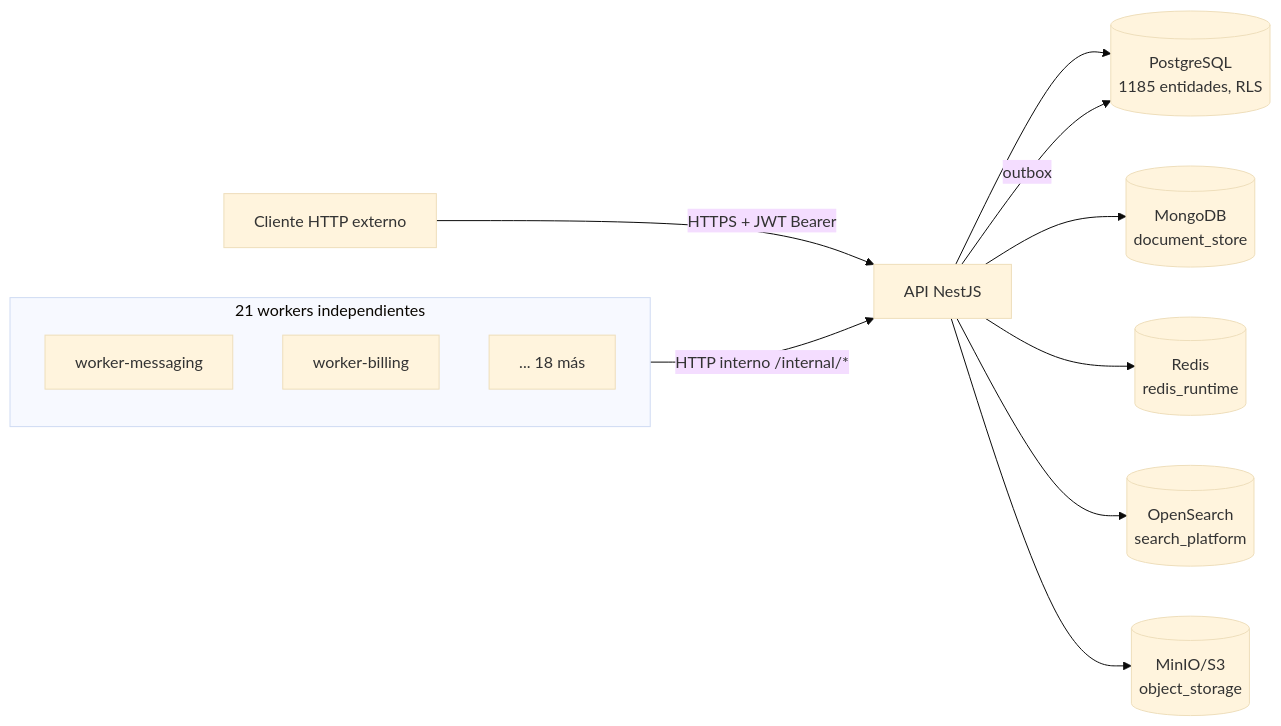
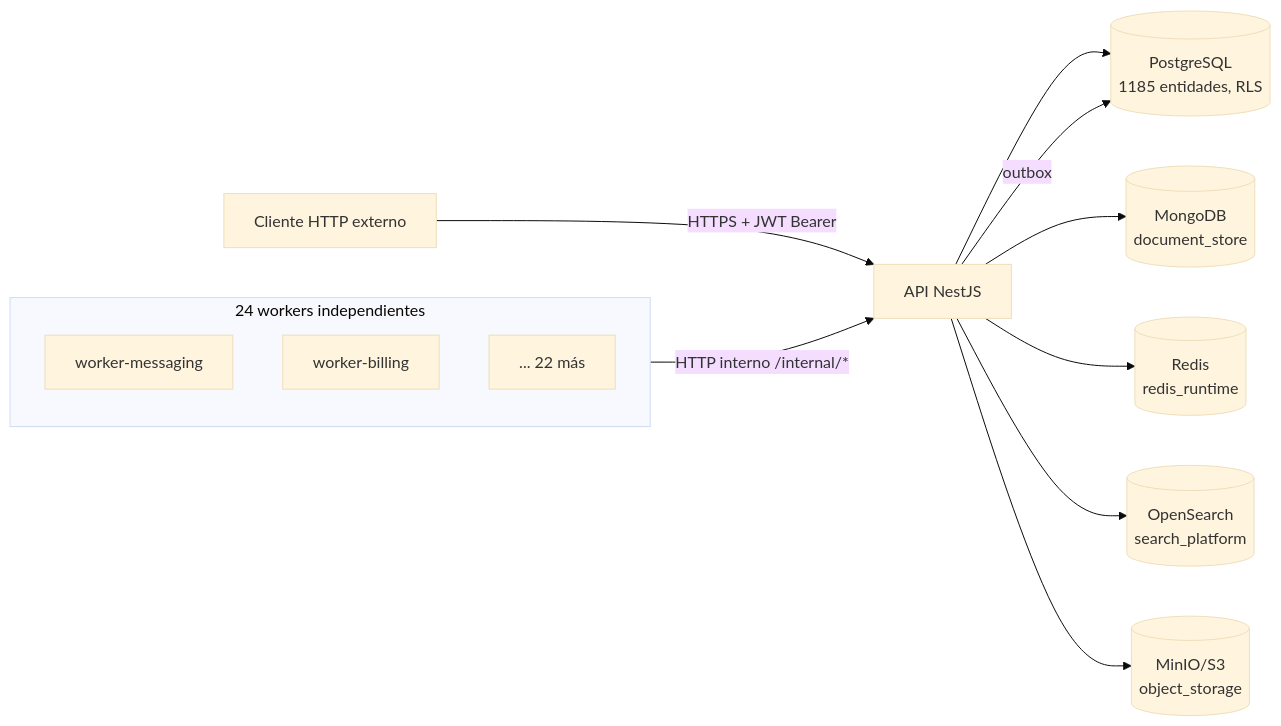
The diagram in docs/index.md (mdavila-2001/mantra-core-health-api), drawn with Mermaid (base theme) before and after one commit. The commit also changed other lines of this file and 228 other files, not shown here.

````diff
--- a/docs/index.md
+++ b/docs/index.md
@@ -19,17 +18,17 @@
 ```mermaid
 flowchart LR
   Client[Cliente HTTP externo] -->|HTTPS + JWT Bearer| API[API NestJS]
   API --> PG[(PostgreSQL<br/>1185 entidades, RLS)]
   API --> Mongo[(MongoDB<br/>document_store)]
   API --> Redis[(Redis<br/>redis_runtime)]
   API --> OS[(OpenSearch<br/>search_platform)]
   API --> MinIO[(MinIO/S3<br/>object_storage)]
   API -->|outbox| PG
-  subgraph W[21 workers independientes]
+  subgraph W[24 workers independientes]
     direction TB
     W1[worker-messaging]
     W2[worker-billing]
-    Wn[... 18 más]
+    Wn[... 22 más]
   end
   W -->|HTTP interno /internal/*| API
 ```
````
